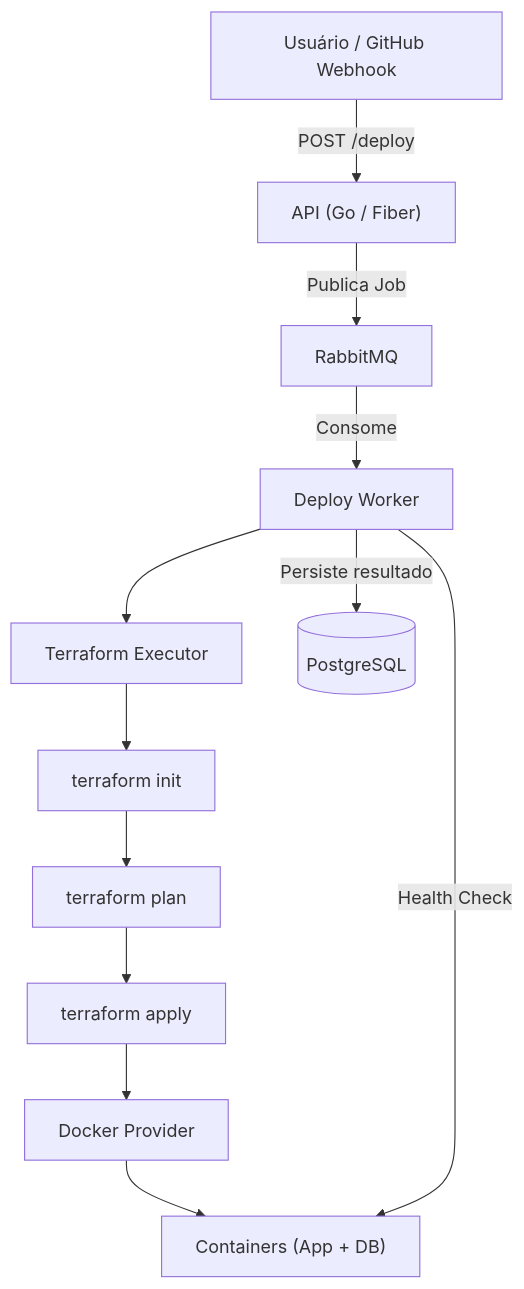
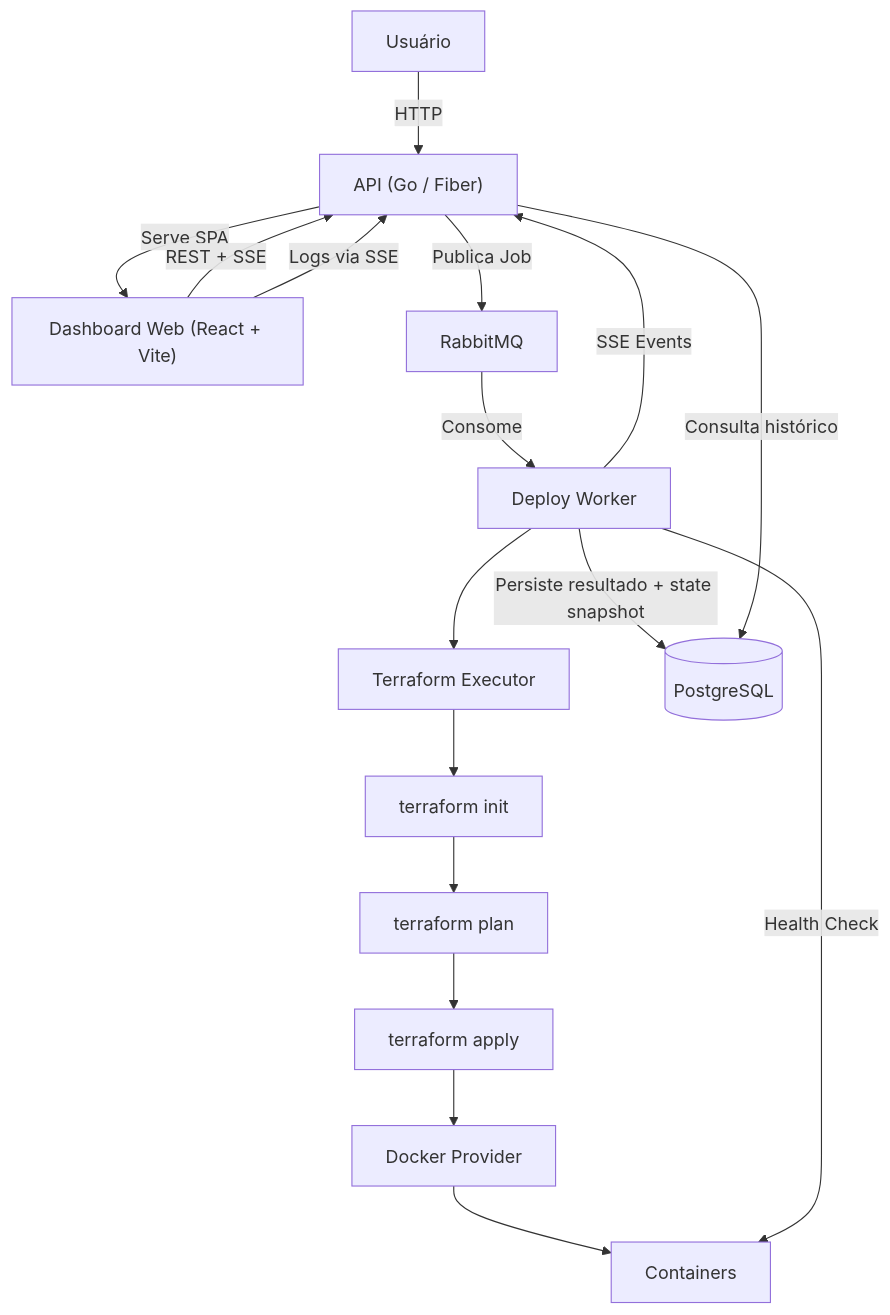
The first of 2 diagrams in README.md (lazaaro01/GitOps), drawn with Mermaid before and after one commit. The commit also changed other lines of this file, not shown here.

Commit message:
docs: atualizando a documantação da implementação do Frontend e fluxo atualizado

````diff
--- a/README.md
+++ b/README.md
@@ -25,15 +28,24 @@
 ```mermaid
 flowchart TD
-    User["Usuário / GitHub Webhook"]
-    User -->|POST /deploy| API["API (Go / Fiber)"]
+    User["Usuário"]
+    User -->|HTTP| API["API (Go / Fiber)"]
+    API -->|Serve SPA| Frontend["Dashboard Web (React + Vite)"]
+    Frontend -->|REST + SSE| API
+
     API -->|Publica Job| RMQ["RabbitMQ"]
     RMQ -->|Consome| Worker["Deploy Worker"]
+
     Worker --> TF["Terraform Executor"]
     TF --> TFInit["terraform init"]
     TFInit --> TFPlan["terraform plan"]
     TFPlan --> TFApply["terraform apply"]
     TFApply --> Docker["Docker Provider"]
-    Docker --> Containers["Containers (App + DB)"]
+    Docker --> Containers["Containers"]
+
     Worker -->|Health Check| Containers
-    Worker -->|Persiste resultado| DB[("PostgreSQL")]
+    Worker -->|SSE Events| API
+    Worker -->|Persiste resultado + state snapshot| DB[("PostgreSQL")]
+
+    API -->|Consulta histórico| DB
+    Frontend -->|Logs via SSE| API
 ```
````
